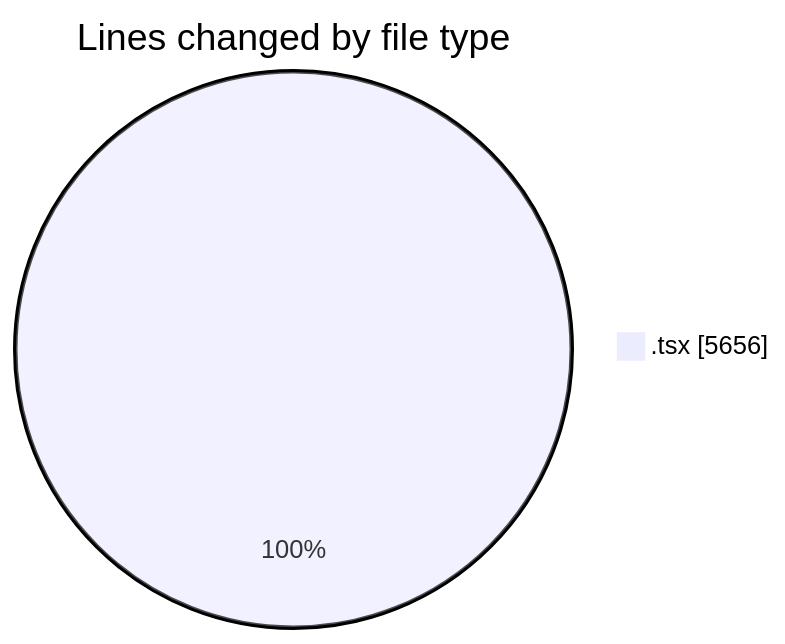
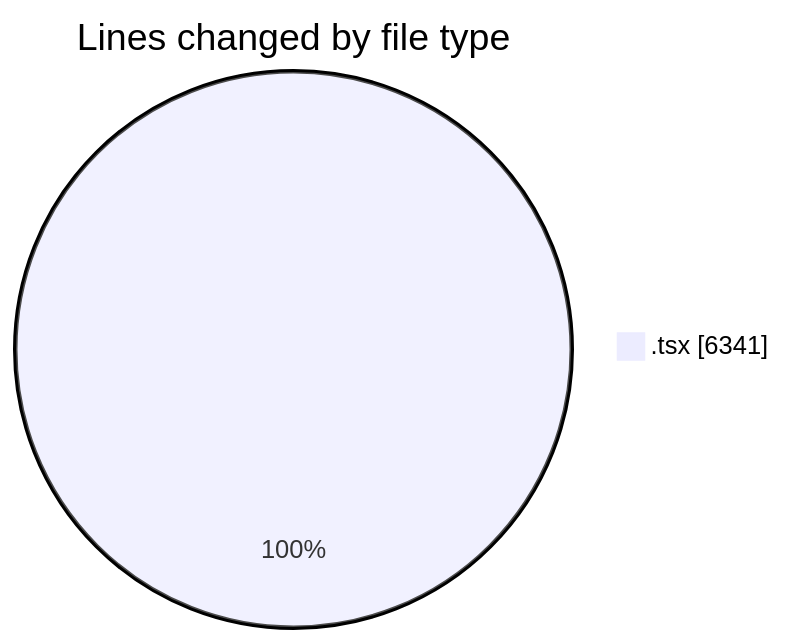
Before and after one commit to nxtqubesakshisongat/code-tracking: the first of 2 diagrams in 2026-04-01/nxtqube_webapp/README.md, drawn with Mermaid. The commit also changed other lines of this file and 1 other file, not shown here.

````diff
--- a/2026-04-01/nxtqube_webapp/README.md
+++ b/2026-04-01/nxtqube_webapp/README.md
@@ -23,5 +24,5 @@
 ```mermaid
 pie showData
 title Lines changed by file type
-".tsx" : 5656
+".tsx" : 6341
 ```
````
